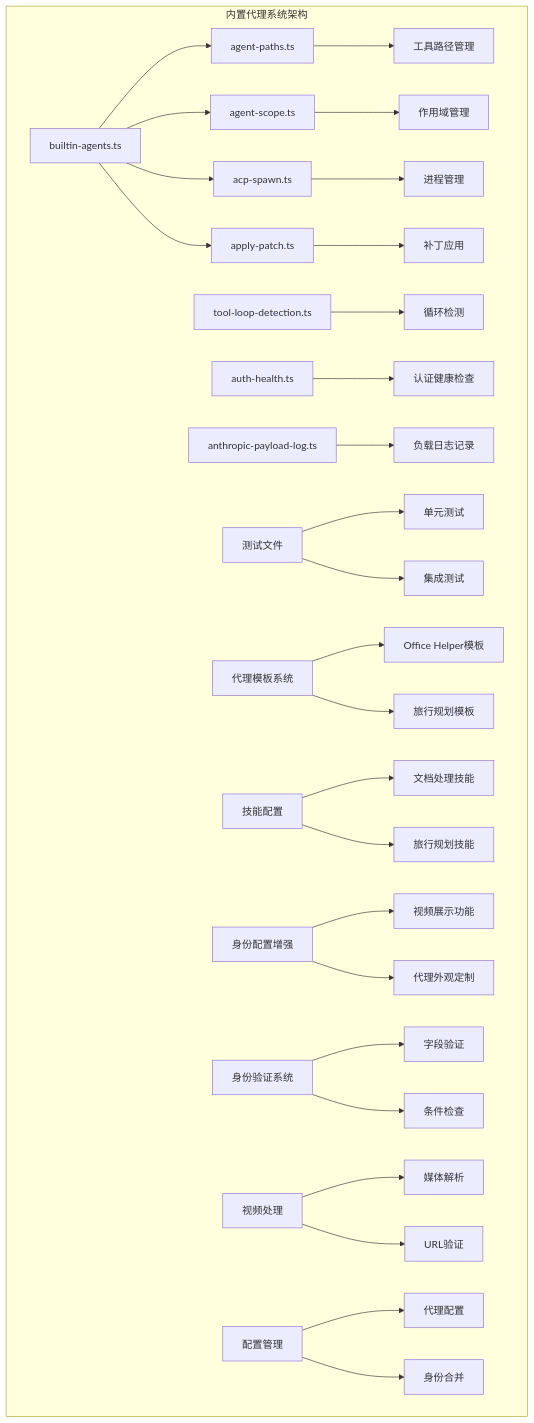
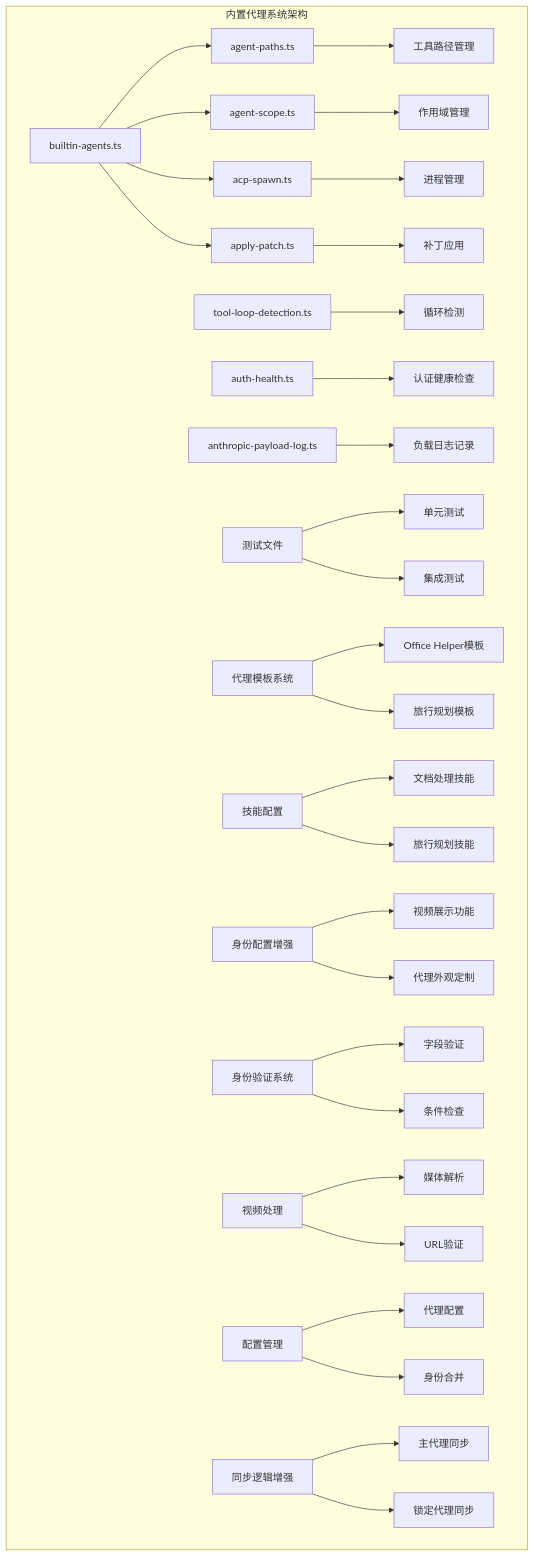
One commit to verse-ai-org/openclaw changed the first of 17 diagrams in .qoder/repowiki/zh/content/Builtin Agents System.md. Above: the diagram before and after it, drawn with Mermaid. The commit also changed other lines of this file and 17 other files, not shown here.

````diff
--- a/.qoder/repowiki/zh/content/Builtin Agents System.md
+++ b/.qoder/repowiki/zh/content/Builtin Agents System.md
@@ -82,30 +80,32 @@
 ```mermaid
 graph TB
 subgraph "内置代理系统架构"
 A[builtin-agents.ts] --> B[agent-paths.ts]
 A --> C[agent-scope.ts]
 A --> D[acp-spawn.ts]
 A --> E[apply-patch.ts]
 B --> F[工具路径管理]
 C --> G[作用域管理]
 D --> H[进程管理]
 E --> I[补丁应用]
 J[tool-loop-detection.ts] --> K[循环检测]
 L[auth-health.ts] --> M[认证健康检查]
 N[anthropic-payload-log.ts] --> O[负载日志记录]
 P[测试文件] --> Q[单元测试]
 P --> R[集成测试]
 S[代理模板系统] --> T[Office Helper模板]
 S --> U[旅行规划模板]
 V[技能配置] --> W[文档处理技能]
 V --> X[旅行规划技能]
 Y[身份配置增强] --> Z[视频展示功能]
 Y --> AA[代理外观定制]
 BB[身份验证系统] --> CC[字段验证]
 BB --> DD[条件检查]
 EE[视频处理] --> FF[媒体解析]
 EE --> GG[URL验证]
 HH[配置管理] --> II[代理配置]
 HH --> JJ[身份合并]
+KK[同步逻辑增强] --> LL[主代理同步]
+KK --> MM[锁定代理同步]
 end
 ```
````
